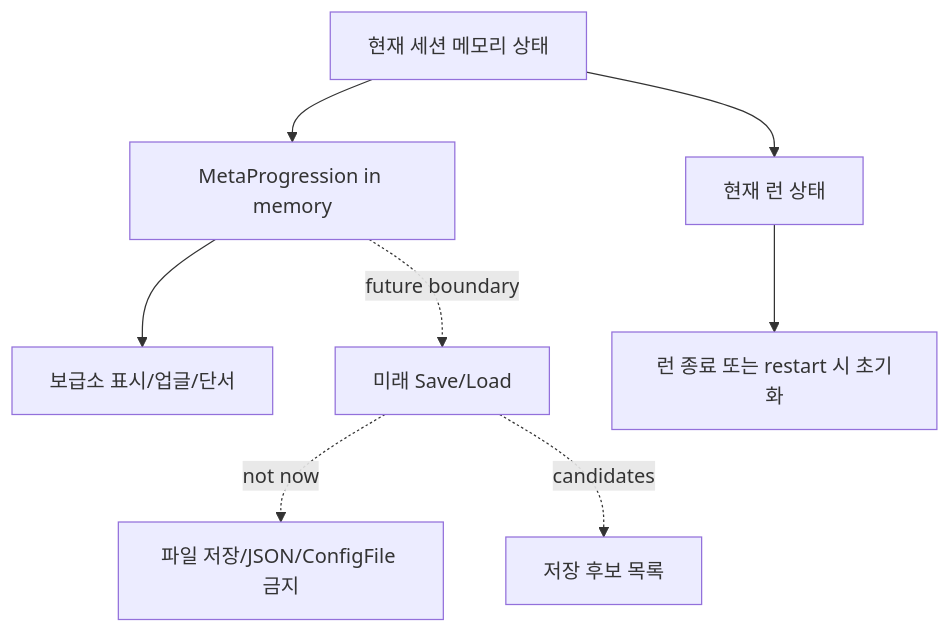
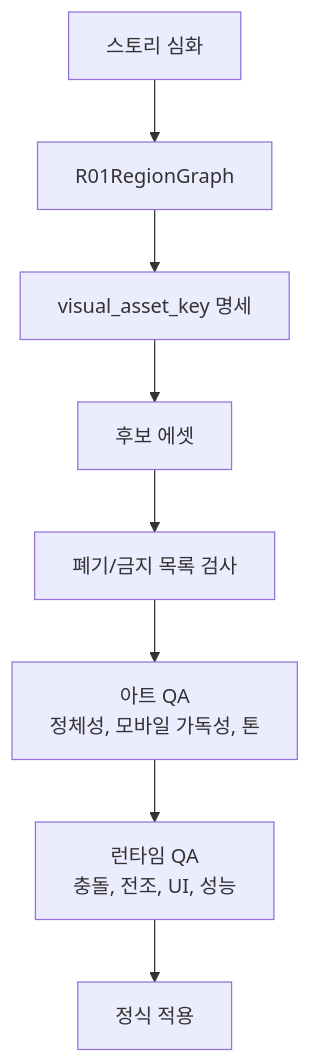
Before and after one commit to chaosdeity/atomic-ad-survivors: the tenth of 13 diagrams in SYSTEM_FLOW_DIAGRAMS.md, drawn with Mermaid. The commit also changed other lines of this file and 29 other files, not shown here.

Commit message:
docs: add 0.2 architecture references

````diff
--- a/SYSTEM_FLOW_DIAGRAMS.md
+++ b/SYSTEM_FLOW_DIAGRAMS.md
@@ -615,10 +361,13 @@
 ```mermaid
 flowchart TD
-    Session["현재 세션 메모리 상태"] --> Meta["MetaProgression in memory"]
-    Session --> Run["현재 런 상태"]
-    Meta --> Outpost["보급소 표시/업글/단서"]
-    Run --> Reset["런 종료 또는 restart 시 초기화"]
-    Meta -. future boundary .-> Save["미래 Save/Load"]
-    Save -. not now .-> File["파일 저장/JSON/ConfigFile 금지"]
-    Save -. candidates .-> Candidates["저장 후보 목록"]
+    Story["스토리 심화"]
+    Region["R01RegionGraph"]
+    Spec["visual_asset_key 명세"]
+    Candidate["후보 에셋"]
+    RejectGate["폐기/금지 목록 검사"]
+    ArtQA["아트 QA\n정체성, 모바일 가독성, 톤"]
+    RuntimeQA["런타임 QA\n충돌, 전조, UI, 성능"]
+    Apply["정식 적용"]
+
+    Story --> Region --> Spec --> Candidate --> RejectGate --> ArtQA --> RuntimeQA --> Apply
 ```
````
